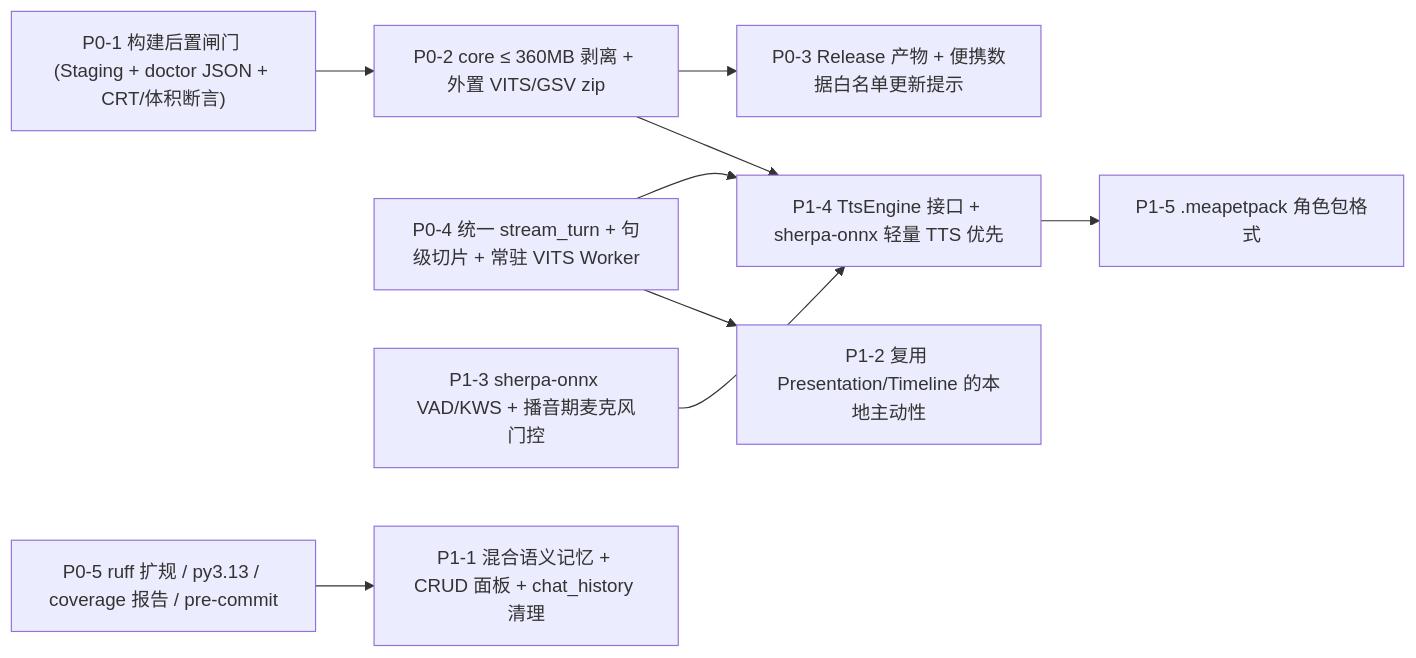
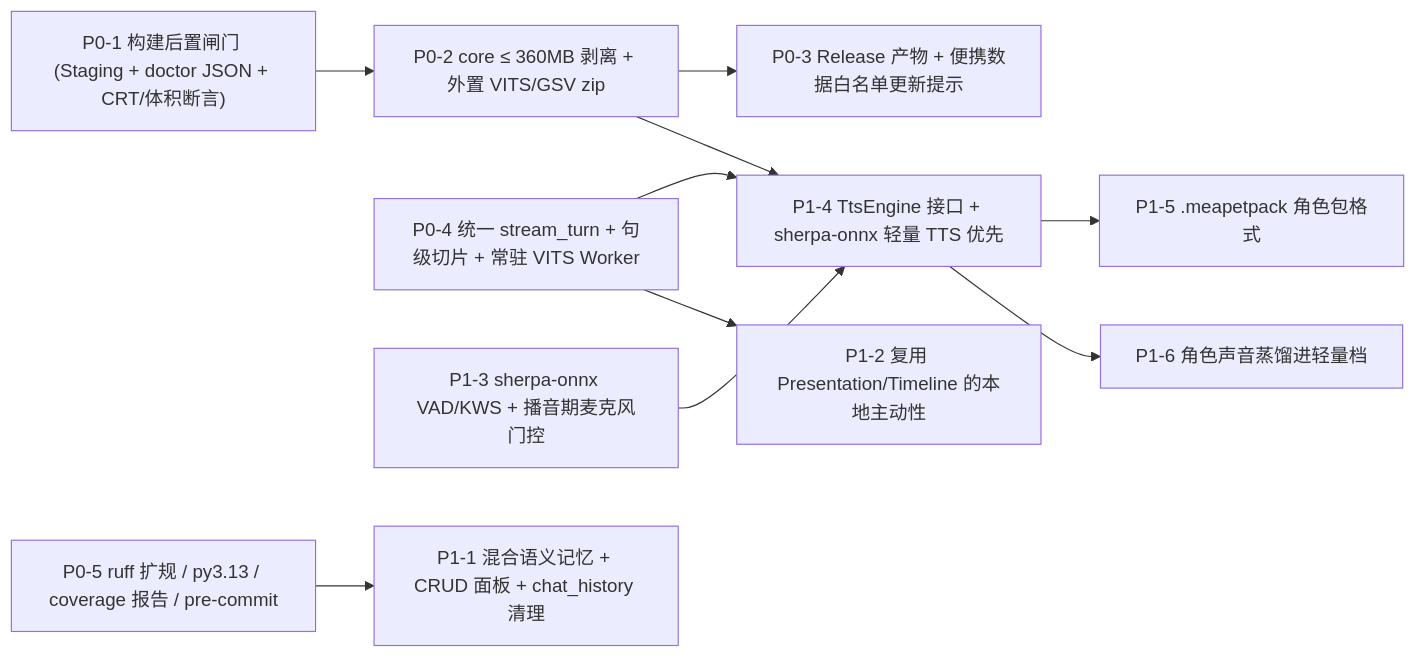
The diagram in docs/development-suggestions.zh-CN.md (suan-11/mea-pet-public), drawn with Mermaid before and after one commit. The commit also changed other lines of this file and 8 other files, not shown here.

````diff
--- a/docs/development-suggestions.zh-CN.md
+++ b/docs/development-suggestions.zh-CN.md
@@ -82,11 +82,12 @@
 ```mermaid
 flowchart LR
   P01["P0-1 构建后置闸门 (Staging + doctor JSON + CRT/体积断言)"] --> P02["P0-2 core ≤ 360MB 剥离 + 外置 VITS/GSV zip"]
   P02 --> P03["P0-3 Release 产物 + 便携数据白名单更新提示"]
   P04["P0-4 统一 stream_turn + 句级切片 + 常驻 VITS Worker"] --> P14["P1-4 TtsEngine 接口 + sherpa-onnx 轻量 TTS 优先"]
   P02 --> P14
   P13["P1-3 sherpa-onnx VAD/KWS + 播音期麦克风门控"] --> P14
   P05["P0-5 ruff 扩规 / py3.13 / coverage 报告 / pre-commit"] --> P11["P1-1 混合语义记忆 + CRUD 面板 + chat_history 清理"]
   P04 --> P12["P1-2 复用 Presentation/Timeline 的本地主动性"]
   P14 --> P15["P1-5 .meapetpack 角色包格式"]
+  P14 --> P16["P1-6 角色声音蒸馏进轻量档"]
 ```
````
